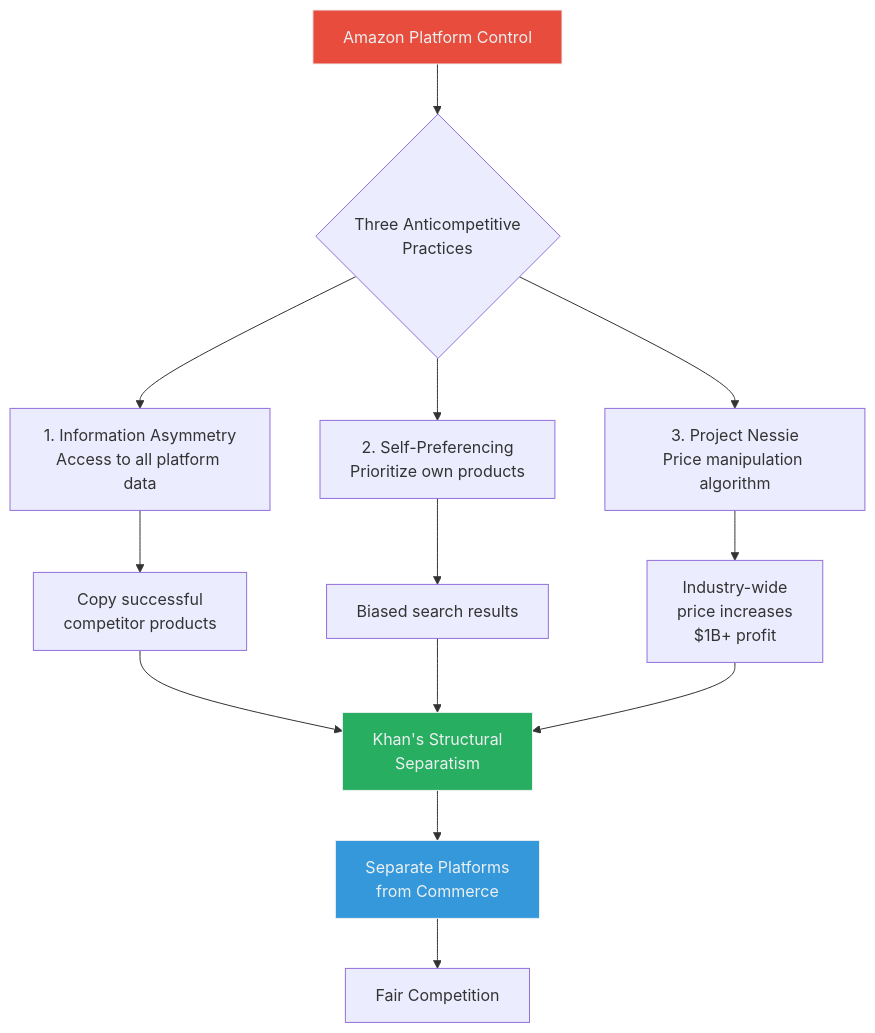
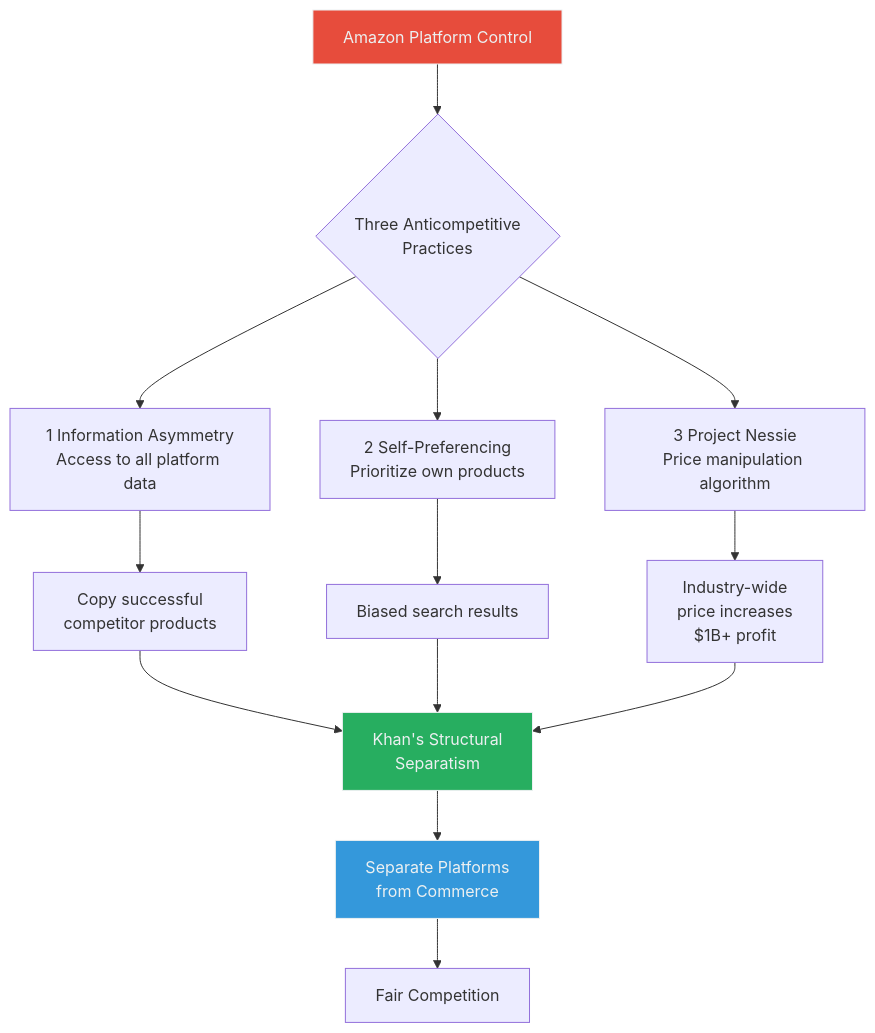
One commit to paper-indonesia/MIT-Endeavor changed the fifth of 14 diagrams in Day2/out/AI_Interdependency_Summary.md. Above: the diagram before and after it, drawn with Mermaid. The commit also changed 4 other files, not shown here.

````diff
--- a/Day2/out/AI_Interdependency_Summary.md
+++ b/Day2/out/AI_Interdependency_Summary.md
@@ -147,23 +147,23 @@
 ```mermaid
 flowchart TD
     Amazon[Amazon Platform Control] --> Three{Three Anticompetitive<br/>Practices}
     
-    Three --> Data[1. Information Asymmetry<br/>Access to all platform data]
-    Three --> Search[2. Self-Preferencing<br/>Prioritize own products]
-    Three --> Nessie[3. Project Nessie<br/>Price manipulation algorithm]
+    Three --> Data[1 Information Asymmetry<br/>Access to all platform data]
+    Three --> Search[2 Self-Preferencing<br/>Prioritize own products]
+    Three --> Nessie[3 Project Nessie<br/>Price manipulation algorithm]
     
     Data --> Copy[Copy successful<br/>competitor products]
     Search --> Bias[Biased search results]
     Nessie --> Price[Industry-wide<br/>price increases<br/>$1B+ profit]
     
     Copy --> Solution[Khan's Structural<br/>Separatism]
     Bias --> Solution
     Price --> Solution
     
     Solution --> Sep[Separate Platforms<br/>from Commerce]
     Sep --> Fair[Fair Competition]
     
     style Amazon fill:#e74c3c,stroke:#ecf0f1,color:#ecf0f1
     style Solution fill:#27ae60,stroke:#ecf0f1,color:#ecf0f1
     style Sep fill:#3498db,stroke:#ecf0f1,color:#ecf0f1
 ```
````
